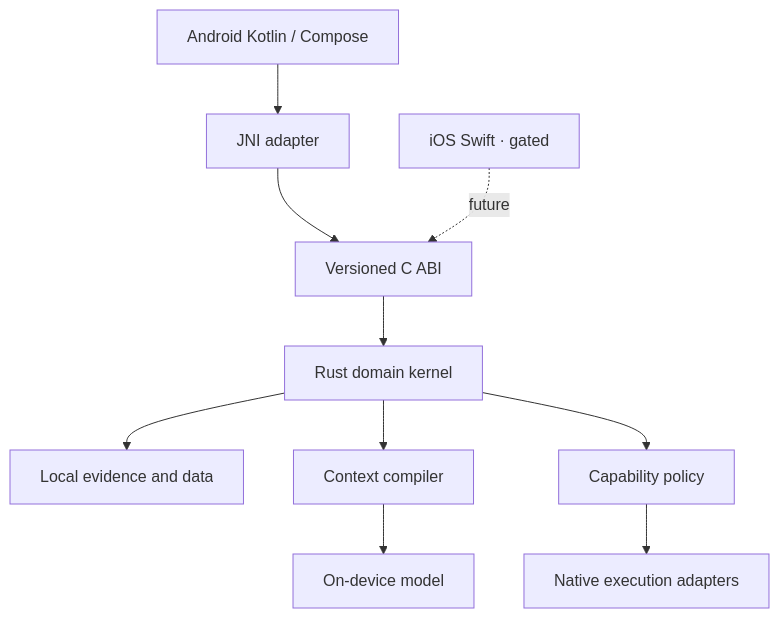
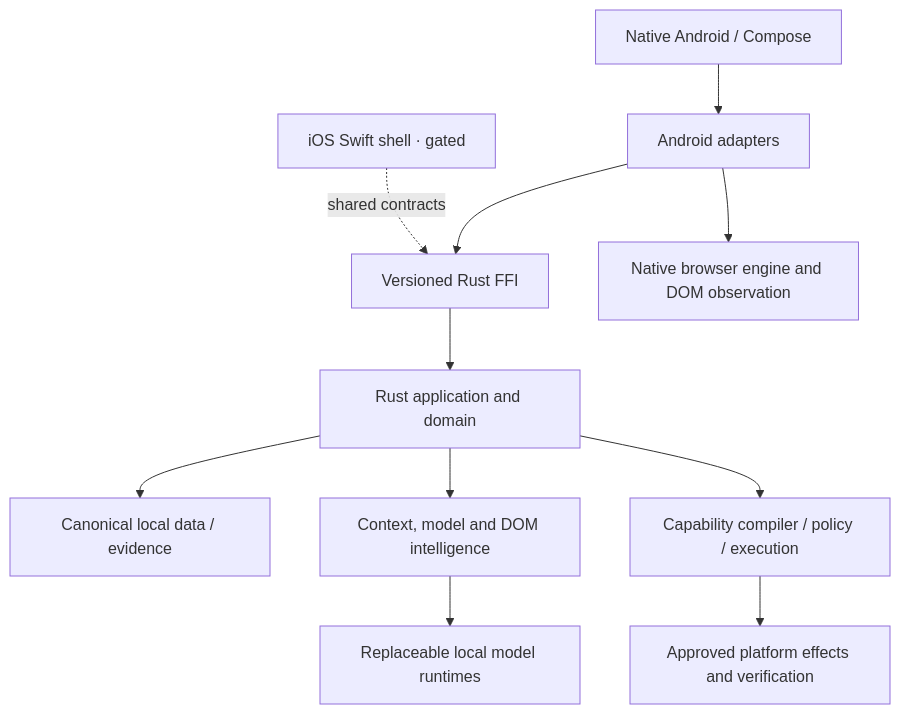
One commit to ysfclc/Locco changed the diagram in README.md. Above: the diagram before and after it, drawn with Mermaid. The commit also changed other lines of this file and 4 other files, not shown here.

````diff
--- a/README.md
+++ b/README.md
@@ -35,9 +41,13 @@
 ```mermaid
 flowchart TB
-  A[Android Kotlin / Compose] --> J[JNI adapter] --> F[Versioned C ABI]
-  I[iOS Swift · gated] -. future .-> F
-  F --> R[Rust domain kernel]
-  R --> D[Local evidence and data]
-  R --> C[Context compiler] --> M[On-device model]
-  R --> P[Capability policy] --> X[Native execution adapters]
+  UX[Native Android / Compose] --> A[Android adapters]
+  A --> F[Versioned Rust FFI]
+  F --> C[Rust application and domain]
+  C --> D[Canonical local data / evidence]
+  C --> I[Context, model and DOM intelligence]
+  C --> P[Capability compiler / policy / execution]
+  I --> M[Replaceable local model runtimes]
+  A --> B[Native browser engine and DOM observation]
+  P --> X[Approved platform effects and verification]
+  IOS[iOS Swift shell · gated] -. shared contracts .-> F
 ```
````
